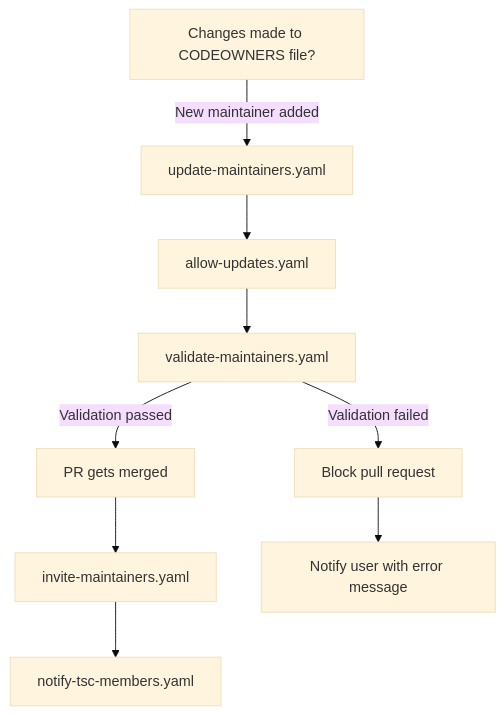
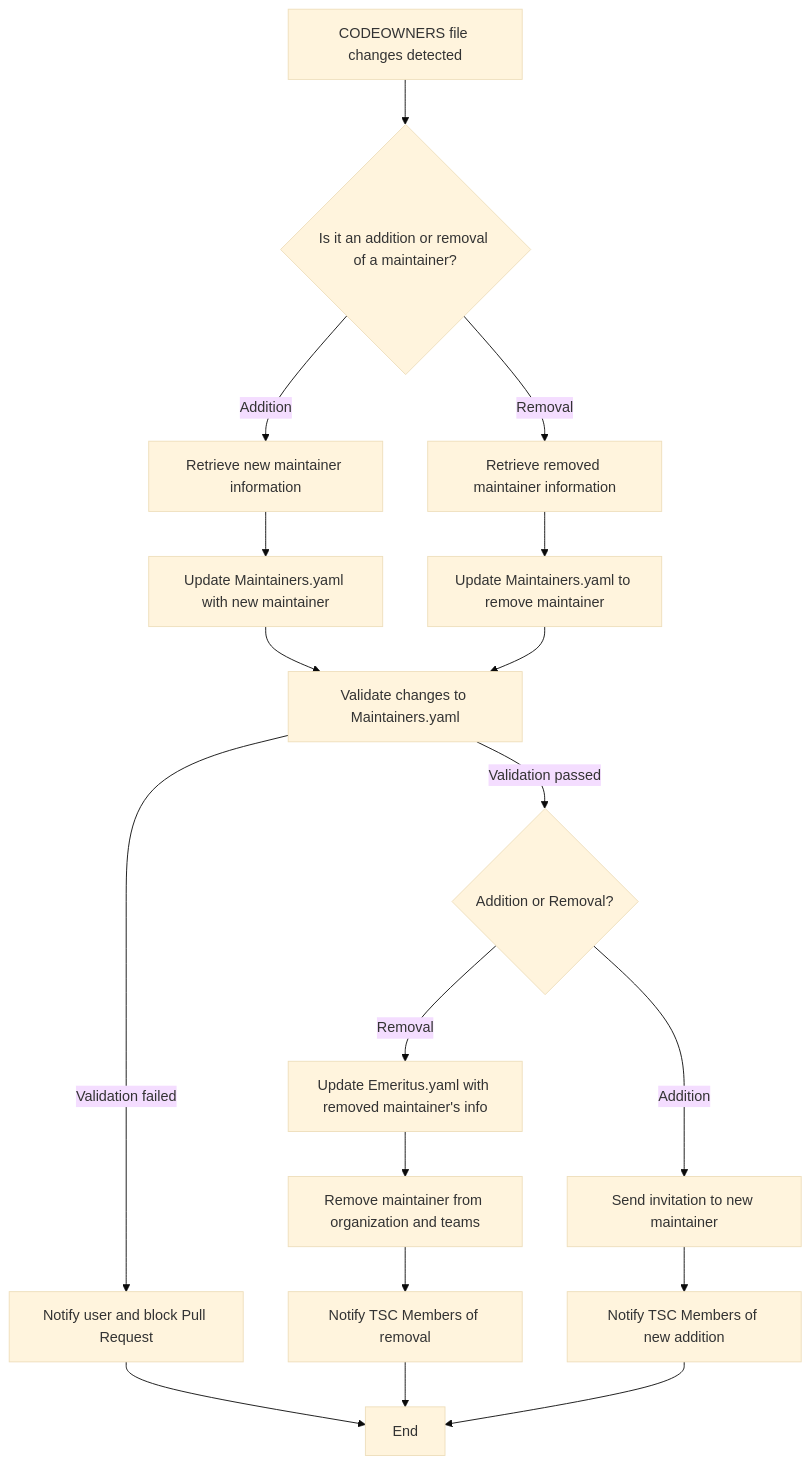
Diagram 11 of 12 in scripts/README.md (14Richa/testRepo), drawn with Mermaid (base theme) before and after one commit. The commit also changed other lines of this file, not shown here.

````diff
--- a/scripts/README.md
+++ b/scripts/README.md
@@ -208,11 +203,20 @@
-```mermaid 
+```mermaid
 graph TD;
-A[Changes made to CODEOWNERS file?] --> |New maintainer added| B[update-maintainers.yaml]
-B --> C[allow-updates.yaml]
-C --> D[validate-maintainers.yaml]
-D --> |Validation passed| E[PR gets merged]
-E --> F[invite-maintainers.yaml]
-F --> G[notify-tsc-members.yaml]
-D --> |Validation failed| H[Block pull request]
-H --> I[Notify user with error message]
+A[CODEOWNERS file changes detected] --> B{Is it an addition or removal of a maintainer?};
+B --> |Addition| C1[Retrieve new maintainer information];
+B --> |Removal| D1[Retrieve removed maintainer information];
+C1 --> C2[Update Maintainers.yaml with new maintainer];
+C2 --> E[Validate changes to Maintainers.yaml];
+D1 --> D2[Update Maintainers.yaml to remove maintainer];
+D2 --> E;
+E --> |Validation failed| F[Notify user and block Pull Request];
+E --> |Validation passed| G{Addition or Removal?};
+G --> |Addition| H[Send invitation to new maintainer];
+H --> I[Notify TSC Members of new addition];
+G --> |Removal| J1[Update Emeritus.yaml with removed maintainer's info];
+J1 --> J2[Remove maintainer from organization and teams];
+J2 --> J3[Notify TSC Members of removal];
+F --> K[End];
+J3 --> K;
+I --> K;
 ```
````
